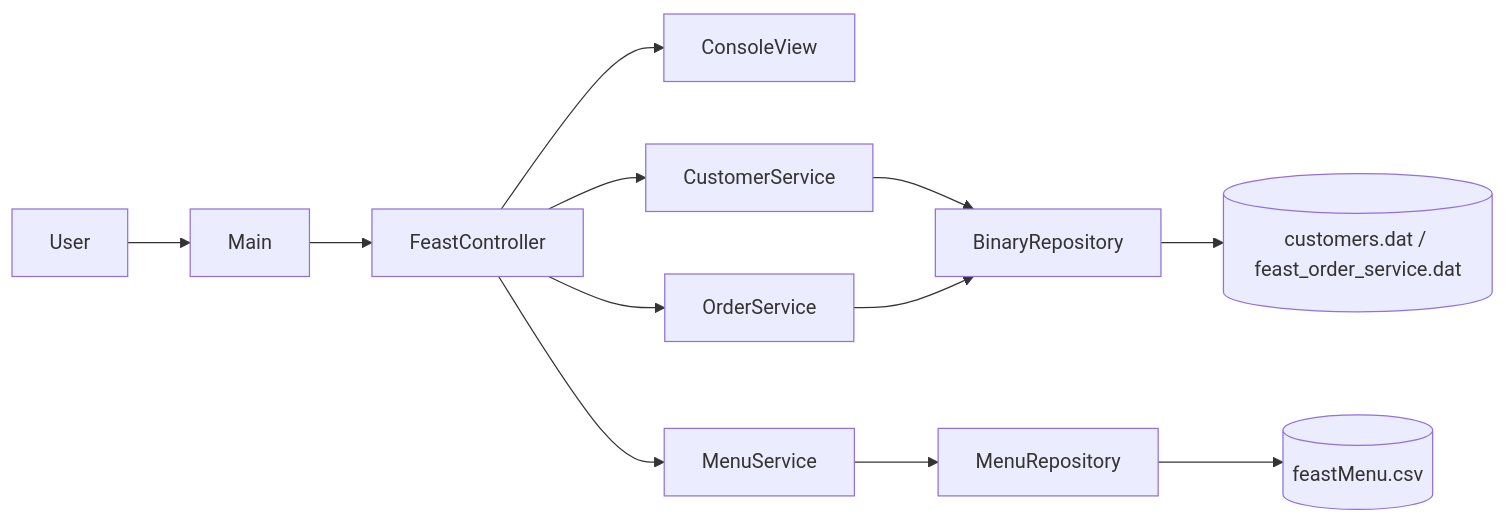
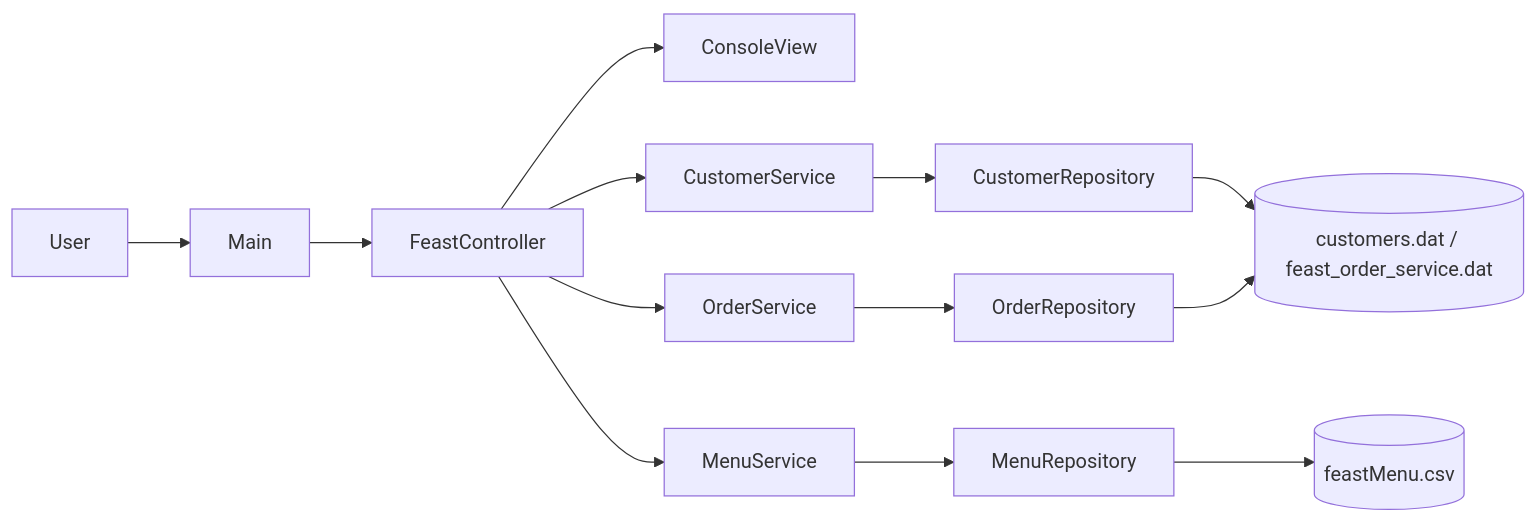
The first of 2 diagrams in KiemHH/J1.L.P0028/DESIGN.md (khoa070104/ChucCacEmMayMan), drawn with Mermaid before and after one commit. The commit also changed 10 other files, not shown here.

````diff
--- a/KiemHH/J1.L.P0028/DESIGN.md
+++ b/KiemHH/J1.L.P0028/DESIGN.md
@@ -6,14 +6,15 @@
 ```mermaid
 flowchart LR
     User --> Main
     Main --> FeastController
     FeastController --> ConsoleView
     FeastController --> CustomerService
     FeastController --> MenuService
     FeastController --> OrderService
-    CustomerService --> BinaryRepository
-    OrderService --> BinaryRepository
+    CustomerService --> CustomerRepository
+    OrderService --> OrderRepository
     MenuService --> MenuRepository
-    BinaryRepository --> DatFiles[(customers.dat / feast_order_service.dat)]
+    CustomerRepository --> DatFiles[(customers.dat / feast_order_service.dat)]
+    OrderRepository --> DatFiles
     MenuRepository --> CsvFile[(feastMenu.csv)]
 ```
````
